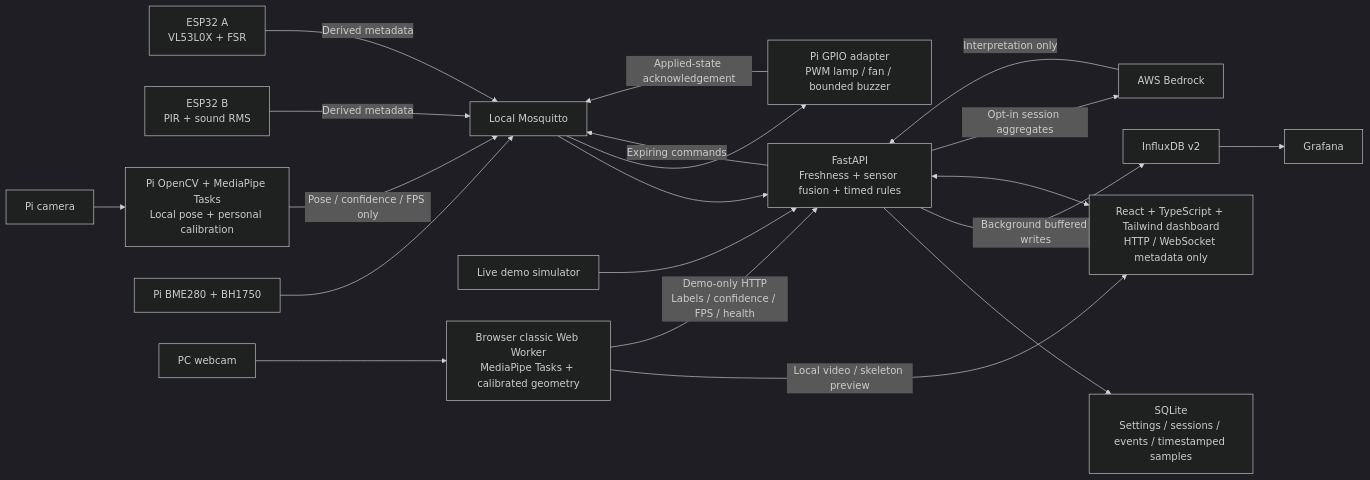
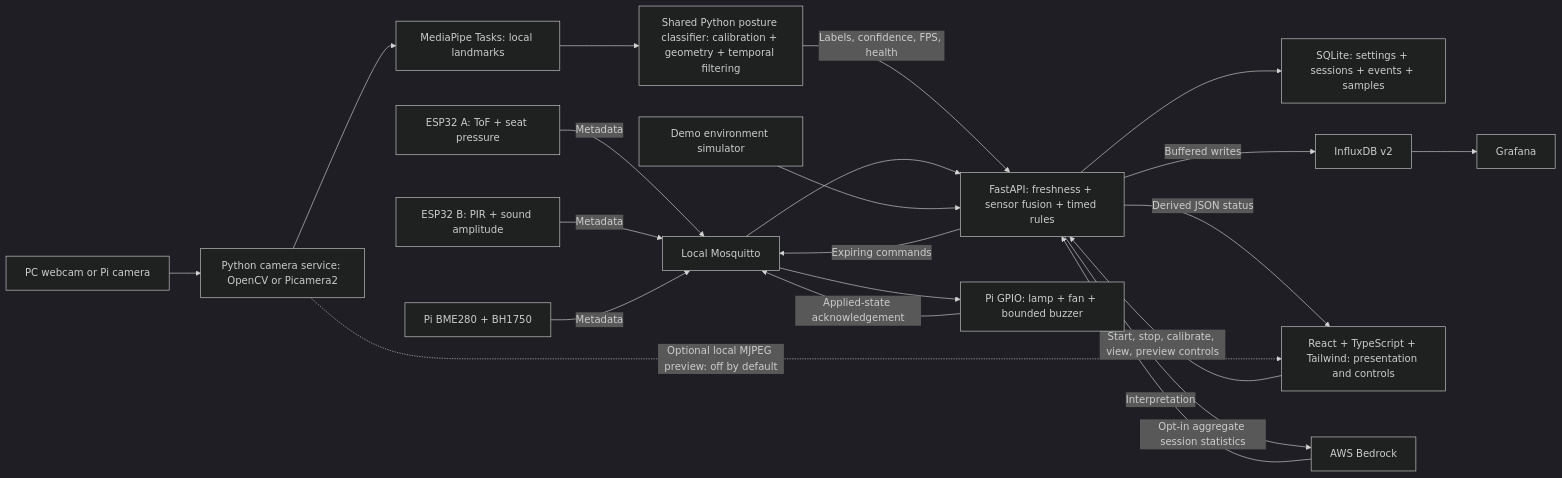
One commit to Ackaraphon1928/FocusGuard-Study-Desk01 changed the diagram in docs/ARCHITECTURE.md. Above: the diagram before and after it, drawn with Mermaid (dark theme). The commit also changed other lines of this file and 54 other files, not shown here.

````diff
--- a/docs/ARCHITECTURE.md
+++ b/docs/ARCHITECTURE.md
@@ -5,22 +5,23 @@
 ```mermaid
 flowchart LR
-    A[ESP32 A\nVL53L0X + FSR] -->|Derived metadata| M[Local Mosquitto]
-    B[ESP32 B\nPIR + sound RMS] -->|Derived metadata| M
-    C[Pi camera] --> V[Pi OpenCV + MediaPipe Tasks\nLocal pose + personal calibration]
-    E[Pi BME280 + BH1750] --> M
-    V -->|Pose / confidence / FPS only| M
-    M --> F[FastAPI\nFreshness + sensor fusion + timed rules]
-    S[Live demo simulator] --> F
-    PC[PC webcam] --> W[Browser classic Web Worker\nMediaPipe Tasks + calibrated geometry]
-    W -->|Local video / skeleton preview| D
-    W -->|Demo-only HTTP\nLabels / confidence / FPS / health| F
-    F --> Q[SQLite\nSettings / sessions / events / timestamped samples]
+    A[ESP32 A: ToF + seat pressure] -->|Metadata| M[Local Mosquitto]
+    B[ESP32 B: PIR + sound amplitude] -->|Metadata| M
+    E[Pi BME280 + BH1750] -->|Metadata| M
+    PC[PC webcam or Pi camera] --> V[Python camera service: OpenCV or Picamera2]
+    V --> P[MediaPipe Tasks: local landmarks]
+    P --> C[Shared Python posture classifier: calibration + geometry + temporal filtering]
+    C -->|Labels, confidence, FPS, health| F[FastAPI: freshness + sensor fusion + timed rules]
+    M --> F
+    S[Demo environment simulator] --> F
+    F --> Q[SQLite: settings + sessions + events + samples]
     F -->|Expiring commands| M
-    M --> G[Pi GPIO adapter\nPWM lamp / fan / bounded buzzer]
+    M --> G[Pi GPIO: lamp + fan + bounded buzzer]
     G -->|Applied-state acknowledgement| M
-    F -->|Background buffered writes| I[InfluxDB v2]
+    F -->|Buffered writes| I[InfluxDB v2]
     I --> R[Grafana]
-    F <--> D[React + TypeScript + Tailwind dashboard\nHTTP / WebSocket metadata only]
-    F -->|Opt-in session aggregates| AI[AWS Bedrock]
-    AI -->|Interpretation only| F
+    F -->|Derived JSON status| D[React + TypeScript + Tailwind: presentation and controls]
+    D -->|Start, stop, calibrate, view, preview controls| F
+    V -.->|Optional local MJPEG preview: off by default| D
+    F -->|Opt-in aggregate session statistics| AI[AWS Bedrock]
+    AI -->|Interpretation| F
 ```
````
